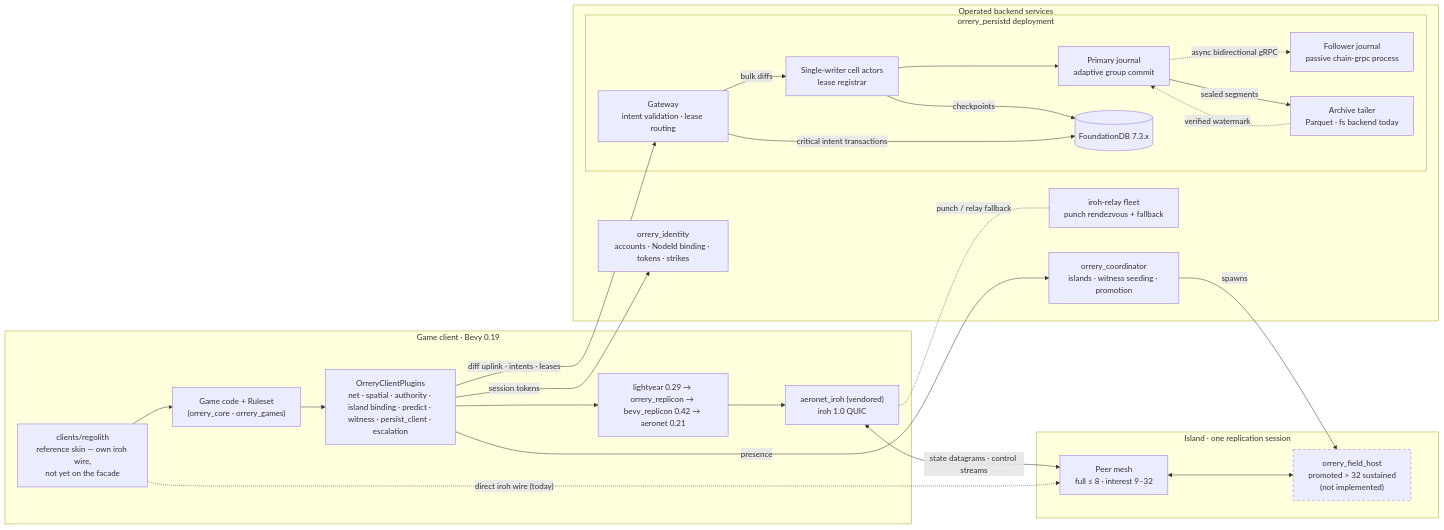
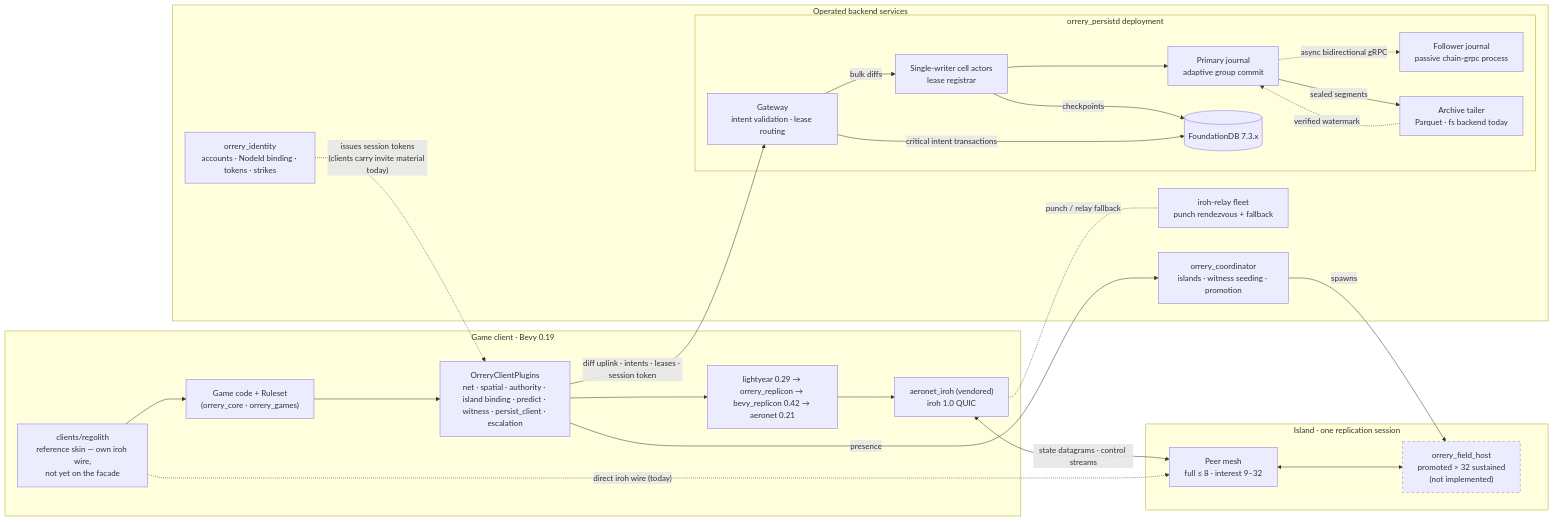
Before and after one commit to baadc0de/orrery: the diagram in README.md, drawn with Mermaid.

Commit message:
docs(readme): the identity edge is issuance, and clients carry invite material today
Claude-Session: https://claude.ai/code/session_01UeP7u9WFSKWAX2tfMj4f3k

````diff
--- a/README.md
+++ b/README.md
@@ -323,49 +323,49 @@
 ```mermaid
 graph LR
     subgraph client["Game client · Bevy 0.19"]
         game["Game code + Ruleset<br/>(orrery_core · orrery_games)"]
         plugins["OrreryClientPlugins<br/>net · spatial · authority · island binding · predict · witness · persist_client · escalation"]
         stack["lightyear 0.29 → orrery_replicon → bevy_replicon 0.42 → aeronet 0.21"]
         io["aeronet_iroh (vendored)<br/>iroh 1.0 QUIC"]
         skin["clients/regolith<br/>reference skin — own iroh wire,<br/>not yet on the facade"]
         game --> plugins --> stack --> io
         skin --> game
     end
 
     subgraph island["Island · one replication session"]
         peers["Peer mesh<br/>full ≤ 8 · interest 9–32"]
         fieldhost["orrery_field_host<br/>promoted &gt; 32 sustained<br/>(not implemented)"]
         peers <--> fieldhost
     end
 
     subgraph backend["Operated backend services"]
         relays["iroh-relay fleet<br/>punch rendezvous + fallback"]
         coord["orrery_coordinator<br/>islands · witness seeding · promotion"]
         identity["orrery_identity<br/>accounts · NodeId binding · tokens · strikes"]
         subgraph persistd["orrery_persistd deployment"]
             gateway["Gateway<br/>intent validation · lease routing"]
             actors["Single-writer cell actors<br/>lease registrar"]
             journal["Primary journal<br/>adaptive group commit"]
             mirror["Follower journal<br/>passive chain-grpc process"]
             tailer["Archive tailer<br/>Parquet · fs backend today"]
             fdb[("FoundationDB 7.3.x")]
             gateway -->|"bulk diffs"| actors
             actors --> journal
             journal -.->|"async bidirectional gRPC"| mirror
             journal -->|"sealed segments"| tailer
             tailer -.->|"verified watermark"| journal
             actors -->|"checkpoints"| fdb
             gateway -->|"critical intent transactions"| fdb
         end
     end
 
     io <-->|"state datagrams · control streams"| peers
     skin -.->|"direct iroh wire (today)"| peers
     io -.-|"punch / relay fallback"| relays
     plugins -->|"presence"| coord
-    plugins -->|"diff uplink · intents · leases"| gateway
-    plugins -->|"session tokens"| identity
+    plugins -->|"diff uplink · intents · leases · session token"| gateway
+    identity -.->|"issues session tokens<br/>(clients carry invite material today)"| plugins
     coord -->|"spawns"| fieldhost
     classDef planned stroke-dasharray: 5 5;
     class fieldhost planned;
 ```
````
